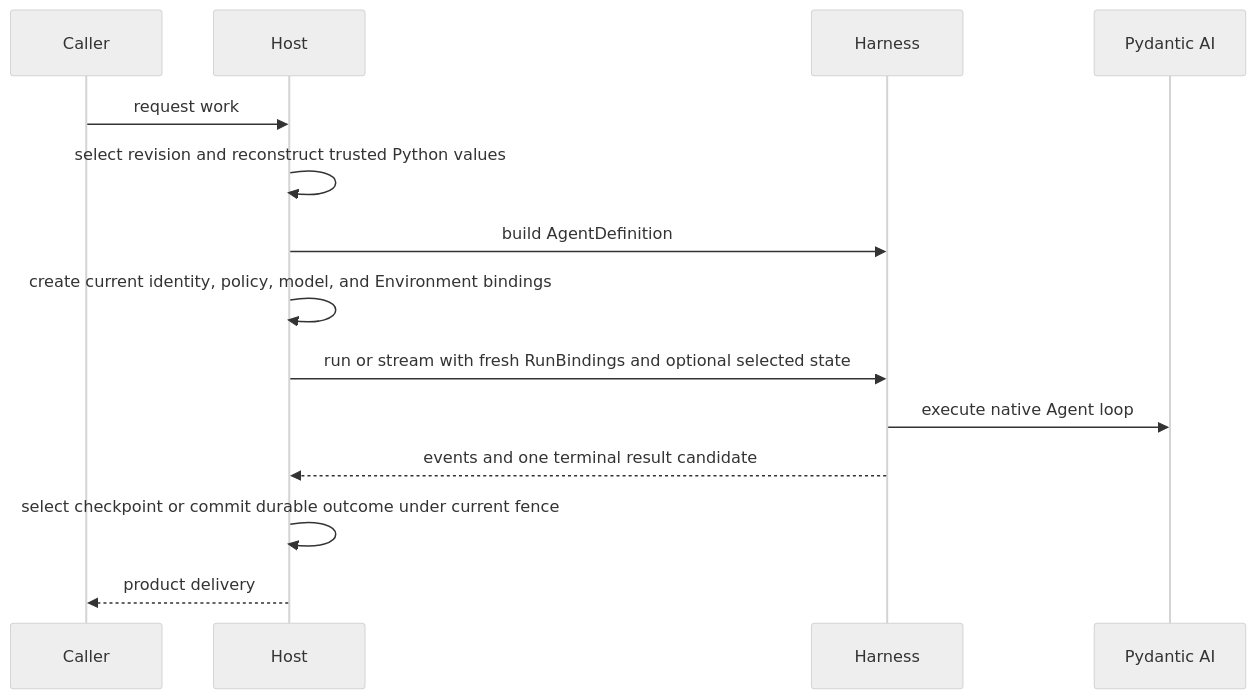
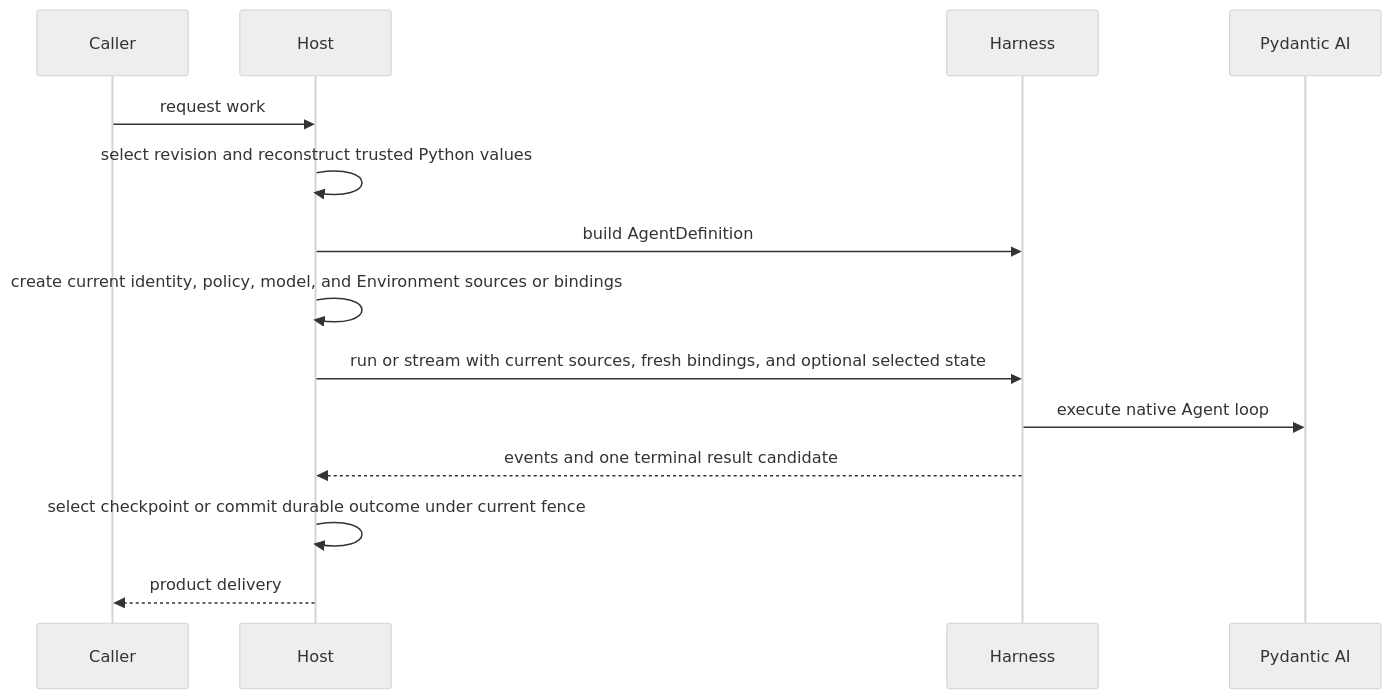
One commit to LTThreeComma/agent-foundation changed the diagram in docs/agent-harness/hosting.md. Above: the diagram before and after it, drawn with Mermaid (neutral theme). The commit also changed other lines of this file and 125 other files, not shown here.

Commit message:
feat: complete Harness runtime and environment contracts (#26)

````diff
--- a/docs/agent-harness/hosting.md
+++ b/docs/agent-harness/hosting.md
@@ -7,17 +7,17 @@
 ```mermaid
 sequenceDiagram
     participant Caller
     participant Host
     participant Harness
     participant PAI as Pydantic AI
 
     Caller->>Host: request work
     Host->>Host: select revision and reconstruct trusted Python values
     Host->>Harness: build AgentDefinition
-    Host->>Host: create current identity, policy, model, and Environment bindings
-    Host->>Harness: run or stream with fresh RunBindings and optional selected state
+    Host->>Host: create current identity, policy, model, and Environment sources or bindings
+    Host->>Harness: run or stream with current sources, fresh bindings, and optional selected state
     Harness->>PAI: execute native Agent loop
     Harness-->>Host: events and one terminal result candidate
     Host->>Host: select checkpoint or commit durable outcome under current fence
     Host-->>Caller: product delivery
 ```
````
